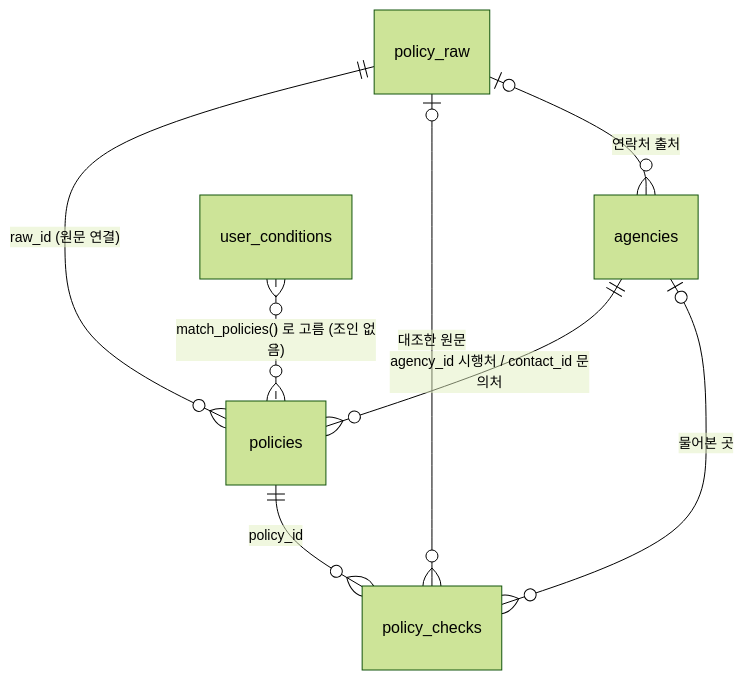
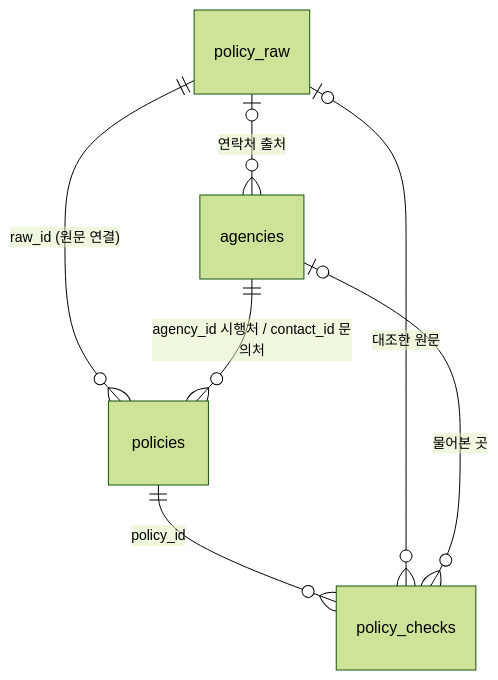
The diagram in docs/기획/2026-11-09-DB-재설계-5테이블.md (Campus-AX-Ton-wku/Wonvengers), drawn with Mermaid (forest theme) before and after one commit. The commit also changed other lines of this file and 12 other files, not shown here.

````diff
--- a/docs/기획/2026-11-09-DB-재설계-5테이블.md
+++ b/docs/기획/2026-11-09-DB-재설계-5테이블.md
@@ -38,10 +40,9 @@
 ```mermaid
 erDiagram
   policy_raw ||--o{ policies : "raw_id (원문 연결)"
   agencies ||--o{ policies : "agency_id 시행처 / contact_id 문의처"
   policies ||--o{ policy_checks : "policy_id"
   policy_raw |o--o{ policy_checks : "대조한 원문"
   agencies |o--o{ policy_checks : "물어본 곳"
   policy_raw |o--o{ agencies : "연락처 출처"
-  user_conditions }o..o{ policies : "match_policies() 로 고름 (조인 없음)"
 ```
````
